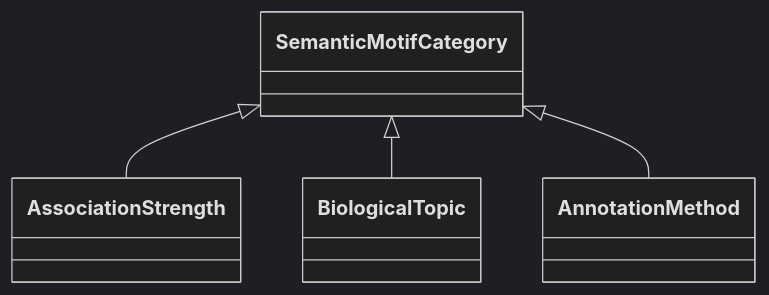
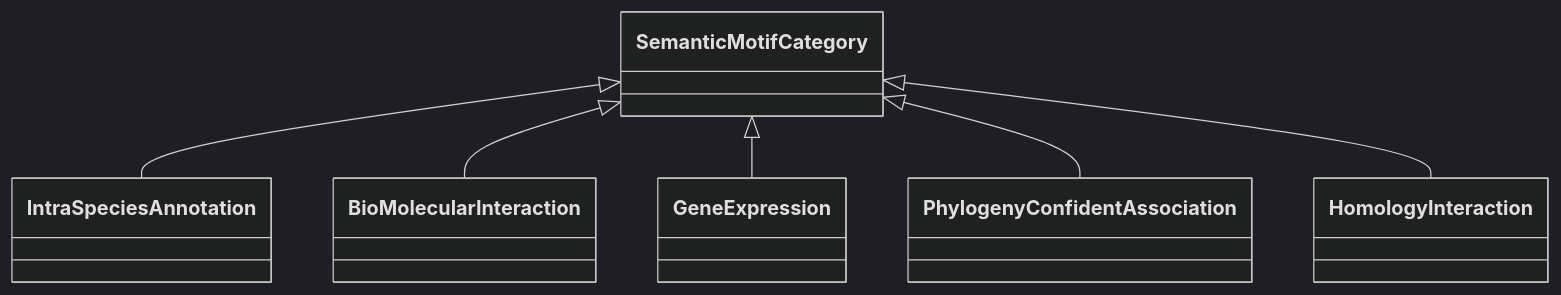
One commit to KnetMiner/knetminer-schemas changed the diagram in semantic-motif-taxonomy/knet-motif-categories-doc/SemanticMotifCategory.md. Above: the diagram before and after it, drawn with Mermaid (dark theme). The commit also changed other lines of this file and 59 other files, not shown here.

````diff
--- a/semantic-motif-taxonomy/knet-motif-categories-doc/SemanticMotifCategory.md
+++ b/semantic-motif-taxonomy/knet-motif-categories-doc/SemanticMotifCategory.md
@@ -23,13 +23,17 @@
 ```mermaid
  classDiagram
     class SemanticMotifCategory
     click SemanticMotifCategory href "../SemanticMotifCategory"
-      SemanticMotifCategory <|-- AssociationStrength
-        click AssociationStrength href "../AssociationStrength"
-      SemanticMotifCategory <|-- BiologicalTopic
-        click BiologicalTopic href "../BiologicalTopic"
-      SemanticMotifCategory <|-- AnnotationMethod
-        click AnnotationMethod href "../AnnotationMethod"
+      SemanticMotifCategory <|-- IntraSpeciesAnnotation
+        click IntraSpeciesAnnotation href "../IntraSpeciesAnnotation"
+      SemanticMotifCategory <|-- BioMolecularInteraction
+        click BioMolecularInteraction href "../BioMolecularInteraction"
+      SemanticMotifCategory <|-- GeneExpression
+        click GeneExpression href "../GeneExpression"
+      SemanticMotifCategory <|-- PhylogenyConfidentAssociation
+        click PhylogenyConfidentAssociation href "../PhylogenyConfidentAssociation"
+      SemanticMotifCategory <|-- HomologyInteraction
+        click HomologyInteraction href "../HomologyInteraction"
       
       
 ```
````
